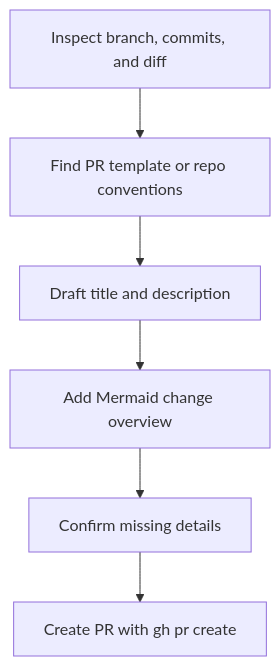
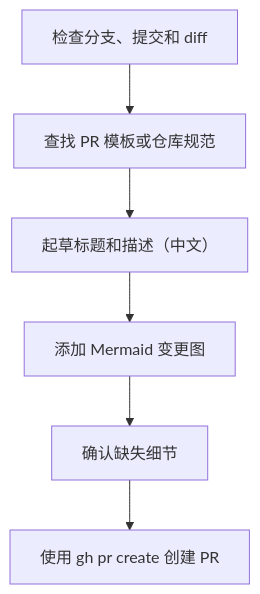
The diagram in plugins/Vengineer/skills/create-pr/SKILL.md (DylanLIiii/ShipYard), drawn with Mermaid before and after one commit. The commit also changed other lines of this file, not shown here.

Commit message:
feat(skills/create-pr): default PR description to Chinese and include detailed rationale

````diff
--- a/plugins/Vengineer/skills/create-pr/SKILL.md
+++ b/plugins/Vengineer/skills/create-pr/SKILL.md
@@ -25,8 +25,8 @@
 ```mermaid
 flowchart TD
-  A[Inspect branch, commits, and diff] --> B[Find PR template or repo conventions]
-  B --> C[Draft title and description]
-  C --> D[Add Mermaid change overview]
-  D --> E[Confirm missing details]
-  E --> F[Create PR with gh pr create]
+  A[检查分支、提交和 diff] --> B[查找 PR 模板或仓库规范]
+  B --> C[起草标题和描述（中文）]
+  C --> D[添加 Mermaid 变更图]
+  D --> E[确认缺失细节]
+  E --> F[使用 gh pr create 创建 PR]
 ```
````
